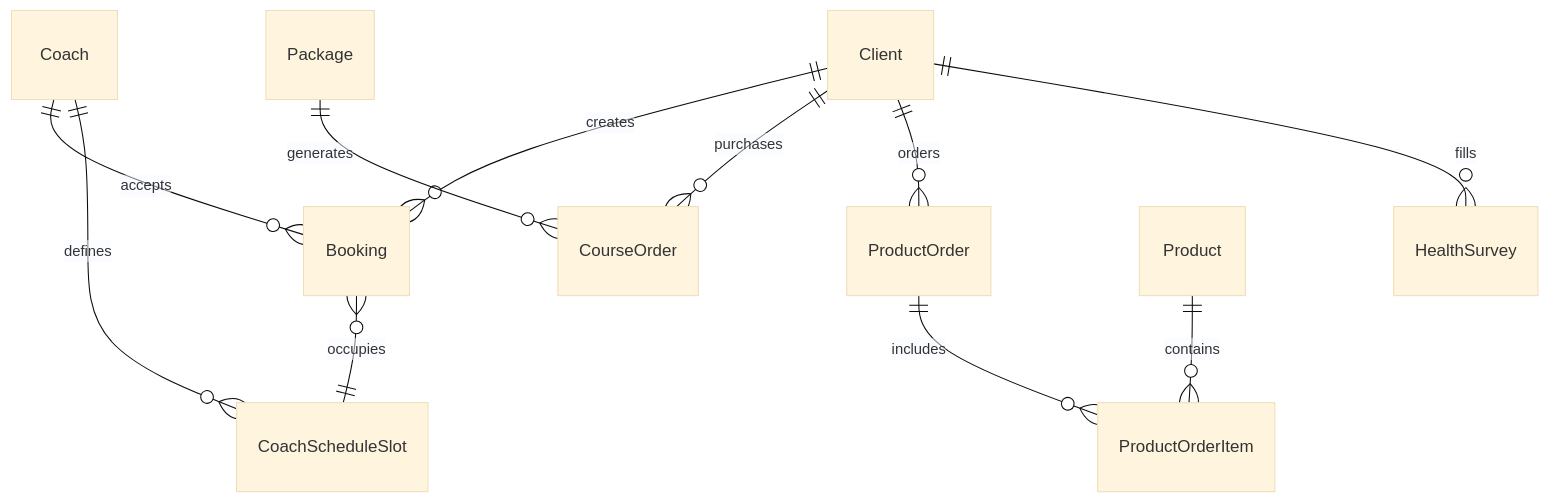
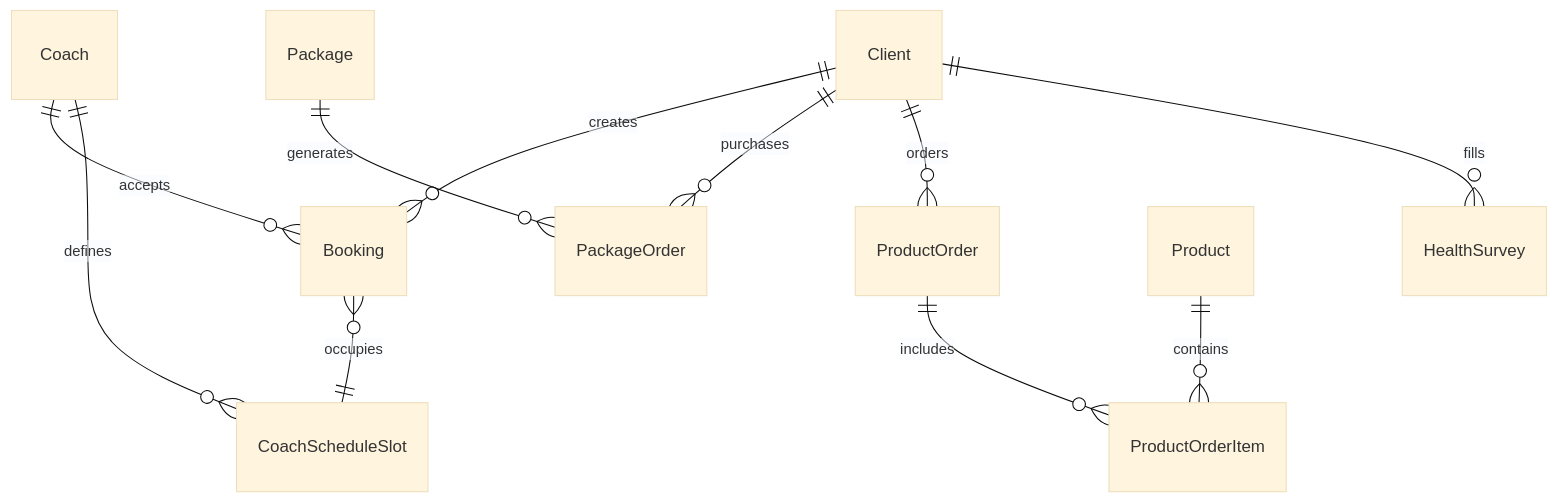
One commit to lnpbqc/fitness-java changed the seventh of 8 diagrams in 项目架构与开发规范白皮书.md. Above: the diagram before and after it, drawn with Mermaid (base theme). The commit also changed other lines of this file and 12 other files, not shown here.

````diff
--- a/项目架构与开发规范白皮书.md
+++ b/项目架构与开发规范白皮书.md
@@ -702,17 +702,17 @@
 ```mermaid
 erDiagram
     Client ||--o{ Booking : "creates"
-    Client ||--o{ CourseOrder : "purchases"
+    Client ||--o{ PackageOrder : "purchases"
     Client ||--o{ ProductOrder : "orders"
     Client ||--o{ HealthSurvey : "fills"
     
     Coach ||--o{ Booking : "accepts"
     Coach ||--o{ CoachScheduleSlot : "defines"
     
-    Package ||--o{ CourseOrder : "generates"
+    Package ||--o{ PackageOrder : "generates"
     
     Product ||--o{ ProductOrderItem : "contains"
     ProductOrder ||--o{ ProductOrderItem : "includes"
     
     Booking }o--|| CoachScheduleSlot : "occupies"
 ```
````
